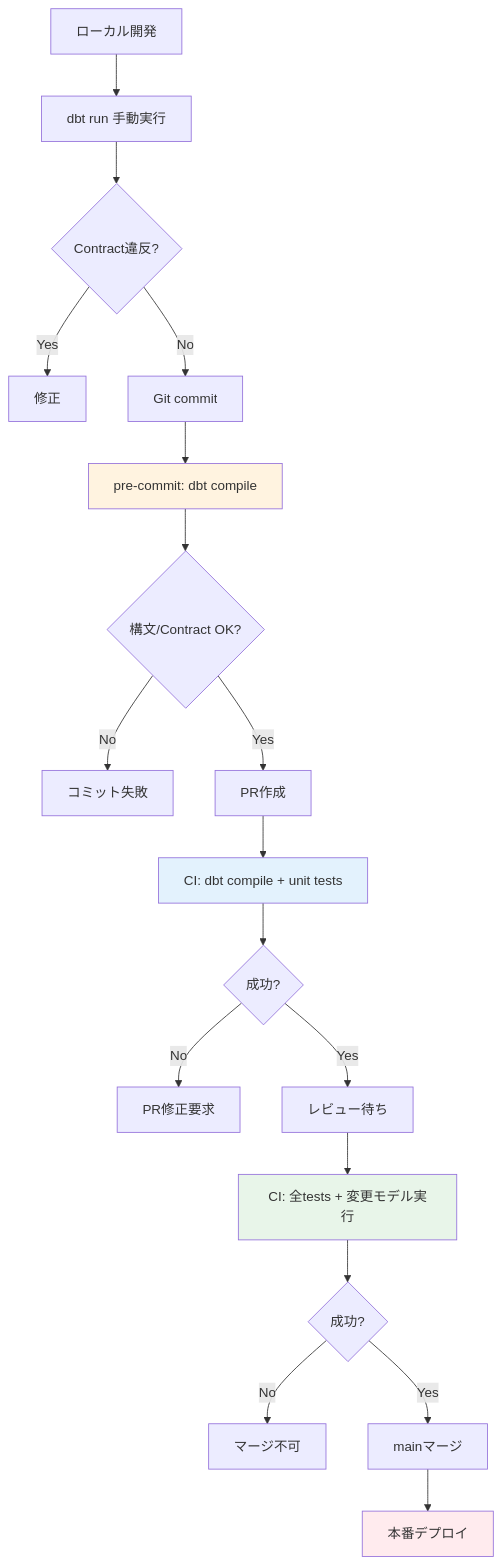
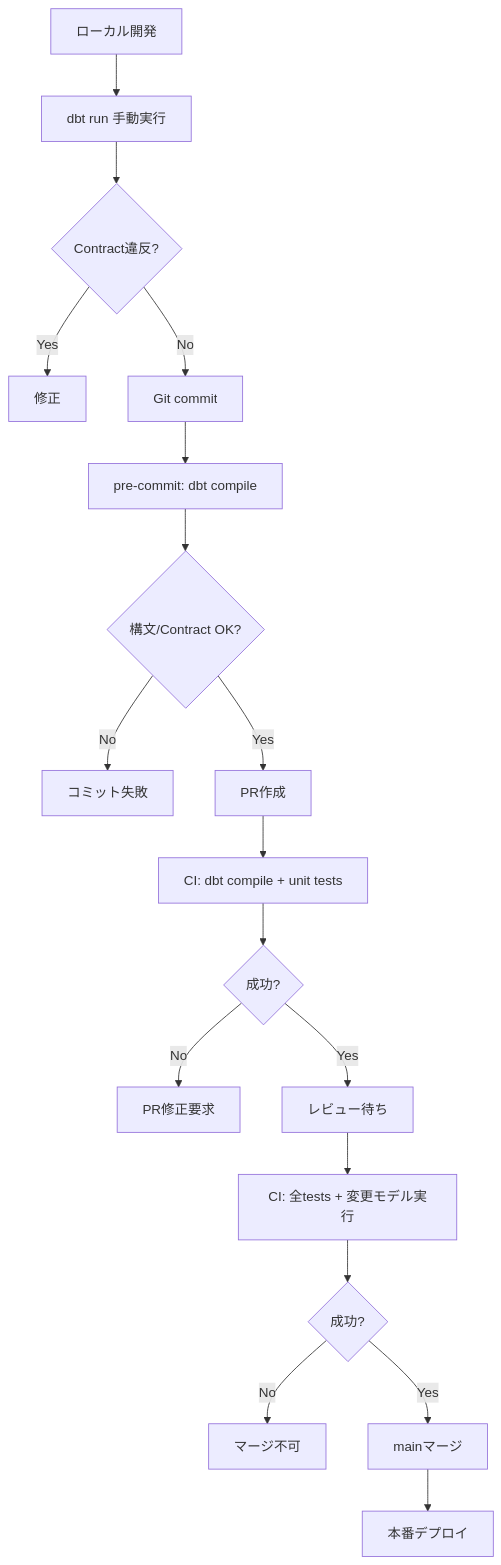
Before and after one commit to 1210yuichi0/1210yuichi0.github.io: the fifth of 7 diagrams in content/Tech/dbt/features/contracts-config.md, drawn with Mermaid. The commit also changed other lines of this file and 22 other files, not shown here.

First line of the commit message:
style: remove Mermaid style directives for dark mode compatibility

````diff
--- a/content/Tech/dbt/features/contracts-config.md
+++ b/content/Tech/dbt/features/contracts-config.md
@@ -1096,29 +1084,25 @@
 ```mermaid
 flowchart TD
     A[ローカル開発] --> B[dbt run 手動実行]
     B --> C{Contract違反?}
     C -->|Yes| D[修正]
     C -->|No| E[Git commit]
 
     E --> F[pre-commit: dbt compile]
     F --> G{構文/Contract OK?}
     G -->|No| H[コミット失敗]
     G -->|Yes| I[PR作成]
 
     I --> J[CI: dbt compile + unit tests]
     J --> K{成功?}
     K -->|No| L[PR修正要求]
     K -->|Yes| M[レビュー待ち]
 
     M --> N[CI: 全tests + 変更モデル実行]
     N --> O{成功?}
     O -->|No| P[マージ不可]
     O -->|Yes| Q[mainマージ]
 
     Q --> R[本番デプロイ]
 
-    style F fill:#fff3e0
-    style J fill:#e3f2fd
-    style N fill:#e8f5e9
-    style R fill:#ffebee
 ```
````
